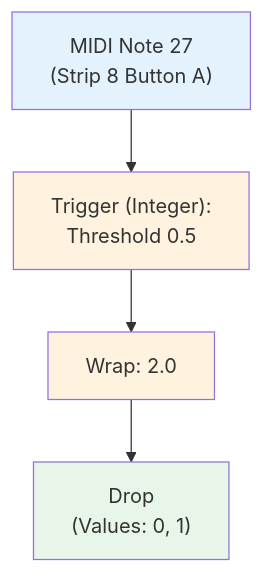
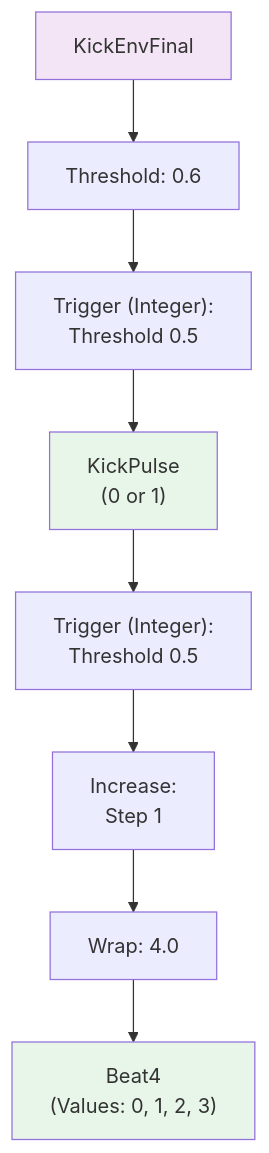
Before and after one commit to abossard/synesthesia-visuals: the tenth of 17 diagrams in docs/mmv-master-pipeline-guide.md, drawn with Mermaid. The commit also changed other lines of this file, not shown here.

````diff
--- a/docs/mmv-master-pipeline-guide.md
+++ b/docs/mmv-master-pipeline-guide.md
@@ -488,11 +492,15 @@
 ```mermaid
 flowchart TD
-    MIDI_DROP["MIDI Note 27<br/>(Strip 8 Button A)"] --> TRIG_DROP["Trigger (Integer):<br/>Threshold 0.5"]
-    TRIG_DROP --> WRAP_DROP["Wrap: 2.0"]
-    WRAP_DROP --> DROP["Drop<br/>(Values: 0, 1)"]
+    KICKENVFINAL_IN["KickEnvFinal"] --> THRESH_KP["Threshold: 0.6"]
+    THRESH_KP --> TRIG_KP["Trigger (Integer):<br/>Threshold 0.5"]
+    TRIG_KP --> KICKPULSE["KickPulse<br/>(0 or 1)"]
     
-    style MIDI_DROP fill:#e3f2fd
-    style TRIG_DROP fill:#fff3e0
-    style WRAP_DROP fill:#fff3e0
-    style DROP fill:#e8f5e9
+    KICKPULSE --> TRIG_B4["Trigger (Integer):<br/>Threshold 0.5"]
+    TRIG_B4 --> INC_B4["Increase:<br/>Step 1"]
+    INC_B4 --> WRAP_B4["Wrap: 4.0"]
+    WRAP_B4 --> BEAT4["Beat4<br/>(Values: 0, 1, 2, 3)"]
+    
+    style KICKENVFINAL_IN fill:#f3e5f5
+    style KICKPULSE fill:#e8f5e9
+    style BEAT4 fill:#e8f5e9
 ```
````
